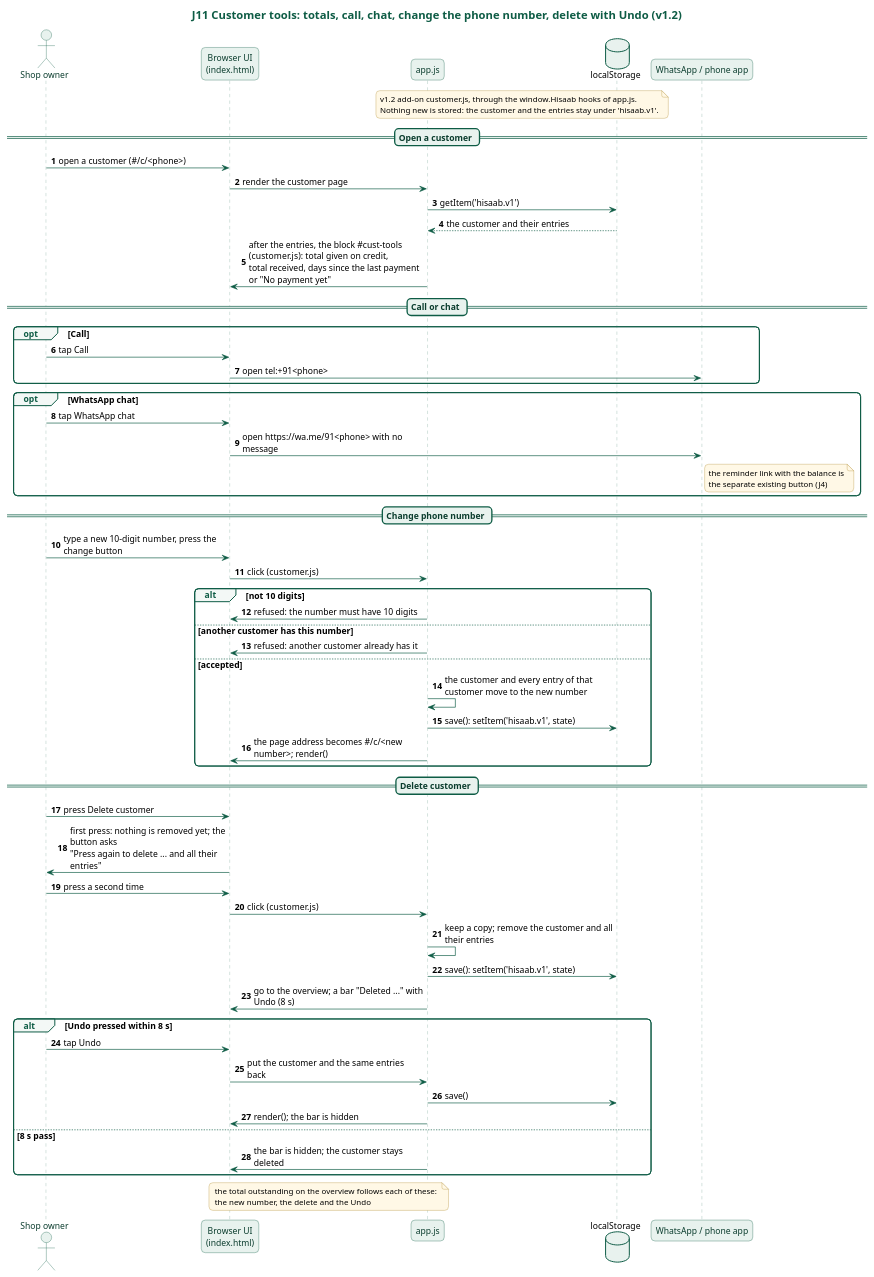
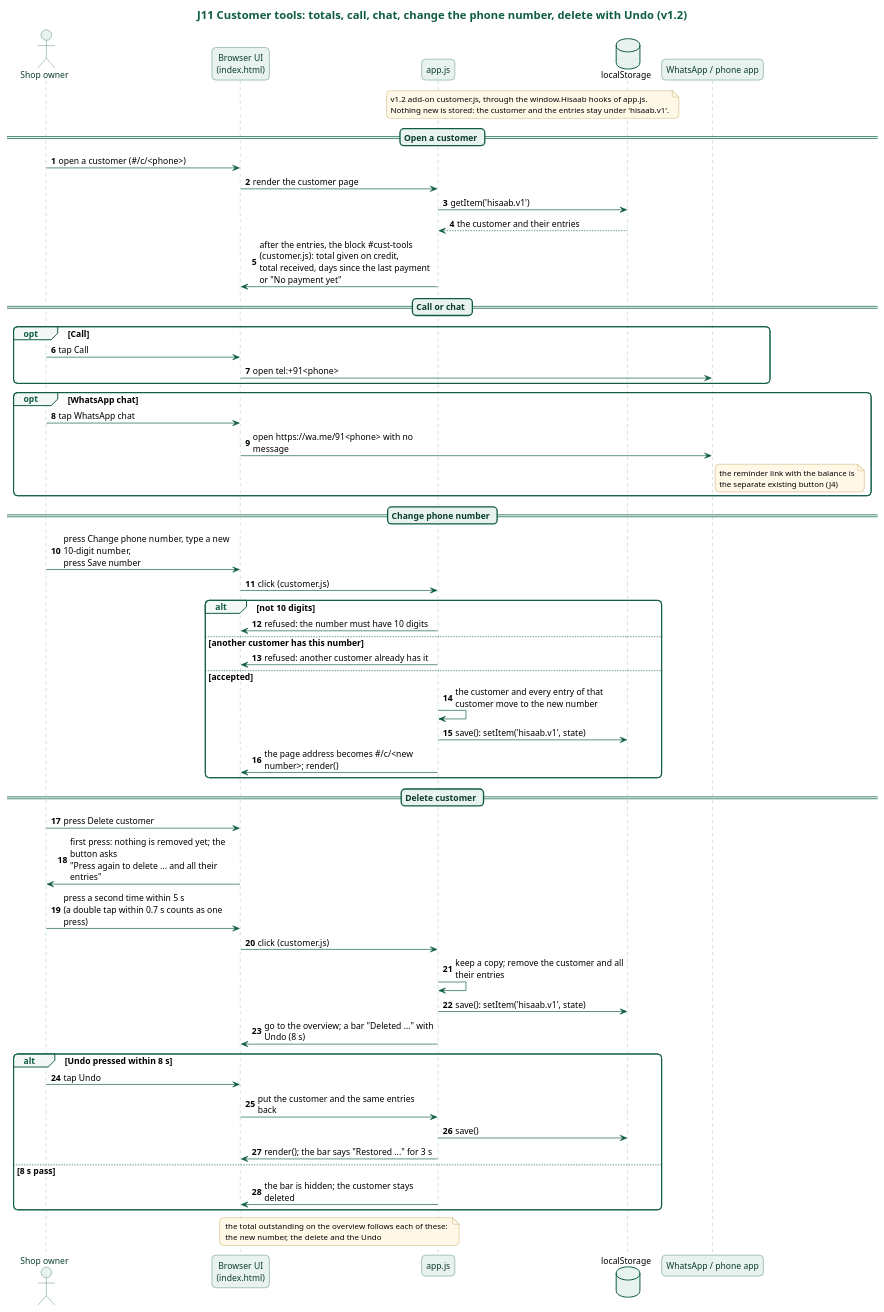
The diagram in docs/diagrams/j11-customer-tools.puml (karwasanjay007/hisaab-docs), drawn with PlantUML before and after one commit. The commit also changed 10 other files, not shown here.

First line of the commit message:
Journeys J1, J4, J8, J10 and J11 walked against the code and corrected; five diagrams re-rendered

```diff
--- a/docs/diagrams/j11-customer-tools.puml
+++ b/docs/diagrams/j11-customer-tools.puml
@@ -1,92 +1,92 @@
 @startuml j11-customer-tools
 title J11 Customer tools: totals, call, chat, change the phone number, delete with Undo (v1.2)
 skinparam backgroundColor white
 skinparam defaultFontName "Noto Sans"
 skinparam defaultFontSize 13
 skinparam roundCorner 12
 skinparam shadowing false
 skinparam maxMessageSize 260
 skinparam titleFontSize 17
 skinparam titleFontColor #0E5C45
 skinparam sequenceMessageAlign left
 skinparam responseMessageBelowArrow true
 skinparam sequence {
   ArrowColor #0E5C45
   LifeLineBorderColor #7FA89A
   LifeLineBackgroundColor #E8F2EE
   ParticipantBorderColor #0E5C45
   ParticipantBackgroundColor #E8F2EE
   ParticipantFontColor #0B3D2E
   ActorBorderColor #0E5C45
   ActorBackgroundColor #E8F2EE
   ActorFontColor #0B3D2E
   GroupBorderColor #0E5C45
   GroupHeaderFontColor #0E5C45
   GroupBackgroundColor #F3F8F6
   DividerBorderColor #0E5C45
   DividerBackgroundColor #E8F2EE
   DividerFontColor #0B3D2E
   BoxBorderColor #0E5C45
 }
 skinparam database {
   BorderColor #0E5C45
   BackgroundColor #E8F2EE
 }
 skinparam note {
   BorderColor #B08A2E
   BackgroundColor #FFF8E6
   FontSize 12
 }
 actor "Shop owner" as Owner
 participant "Browser UI\n(index.html)" as UI
 participant "app.js" as App
 database "localStorage" as LS
 participant "WhatsApp / phone app" as WA
 autonumber
 note over App, LS : v1.2 add-on customer.js, through the window.Hisaab hooks of app.js.\nNothing new is stored: the customer and the entries stay under 'hisaab.v1'.
 == Open a customer ==
 Owner -> UI : open a customer (#/c/<phone>)
 UI -> App : render the customer page
 App -> LS : getItem('hisaab.v1')
 LS --> App : the customer and their entries
 App -> UI : after the entries, the block #cust-tools (customer.js): total given on credit,\ntotal received, days since the last payment or "No payment yet"
 == Call or chat ==
 opt Call
   Owner -> UI : tap Call
   UI -> WA : open tel:+91<phone>
 end
 opt WhatsApp chat
   Owner -> UI : tap WhatsApp chat
   UI -> WA : open https://wa.me/91<phone> with no message
   note right of WA : the reminder link with the balance is\nthe separate existing button (J4)
 end
 == Change phone number ==
-Owner -> UI : type a new 10-digit number, press the change button
+Owner -> UI : press Change phone number, type a new 10-digit number,\npress Save number
 UI -> App : click (customer.js)
 alt not 10 digits
   App -> UI : refused: the number must have 10 digits
 else another customer has this number
   App -> UI : refused: another customer already has it
 else accepted
   App -> App : the customer and every entry of that customer move to the new number
   App -> LS : save(): setItem('hisaab.v1', state)
   App -> UI : the page address becomes #/c/<new number>; render()
 end
 == Delete customer ==
 Owner -> UI : press Delete customer
 UI -> Owner : first press: nothing is removed yet; the button asks\n"Press again to delete ... and all their entries"
-Owner -> UI : press a second time
+Owner -> UI : press a second time within 5 s\n(a double tap within 0.7 s counts as one press)
 UI -> App : click (customer.js)
 App -> App : keep a copy; remove the customer and all their entries
 App -> LS : save(): setItem('hisaab.v1', state)
 App -> UI : go to the overview; a bar "Deleted ..." with Undo (8 s)
 alt Undo pressed within 8 s
   Owner -> UI : tap Undo
   UI -> App : put the customer and the same entries back
   App -> LS : save()
-  App -> UI : render(); the bar is hidden
+  App -> UI : render(); the bar says "Restored ..." for 3 s
 else 8 s pass
   App -> UI : the bar is hidden; the customer stays deleted
 end
 note over UI, App : the total outstanding on the overview follows each of these:\nthe new number, the delete and the Undo
 @enduml
```
